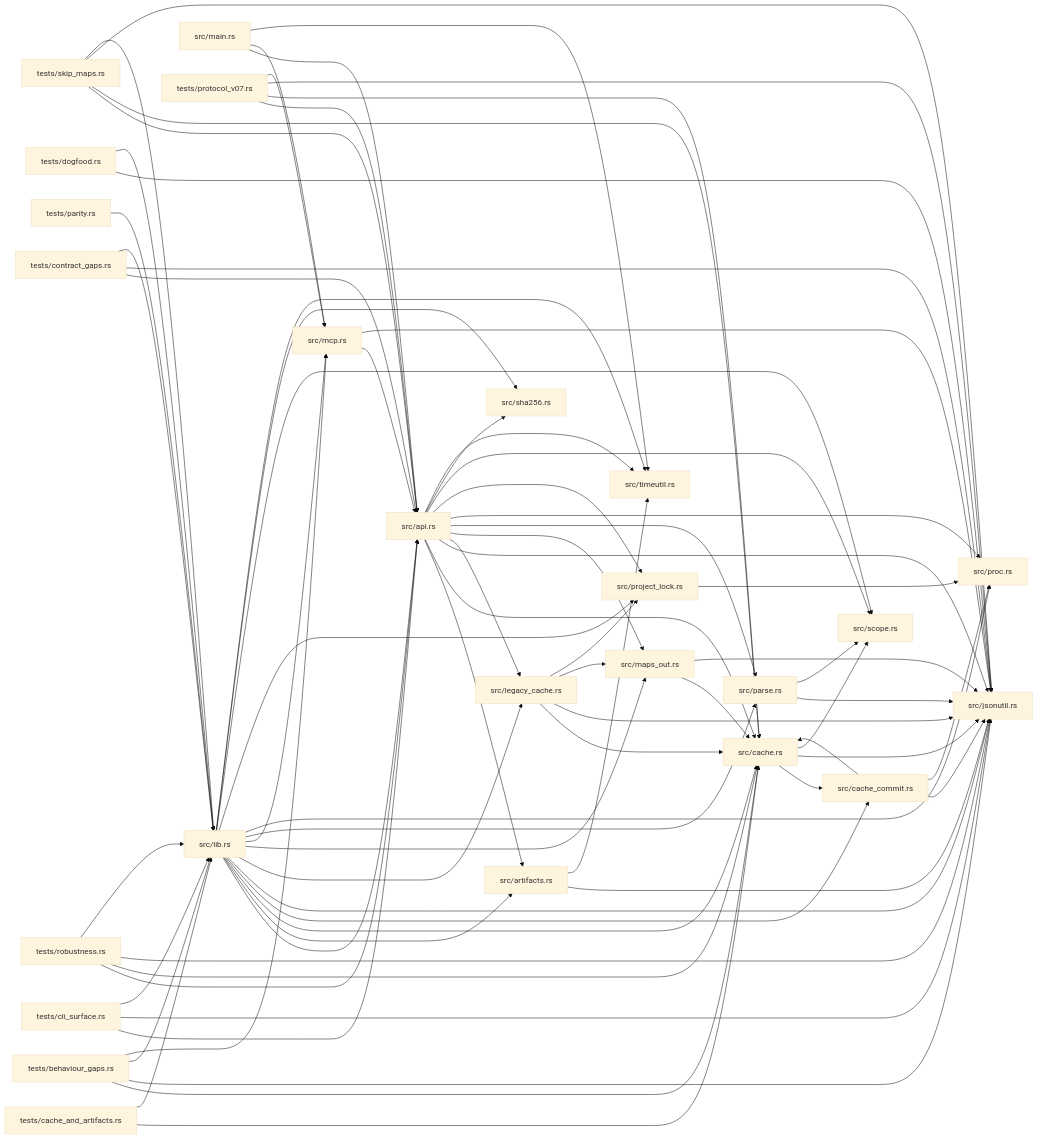
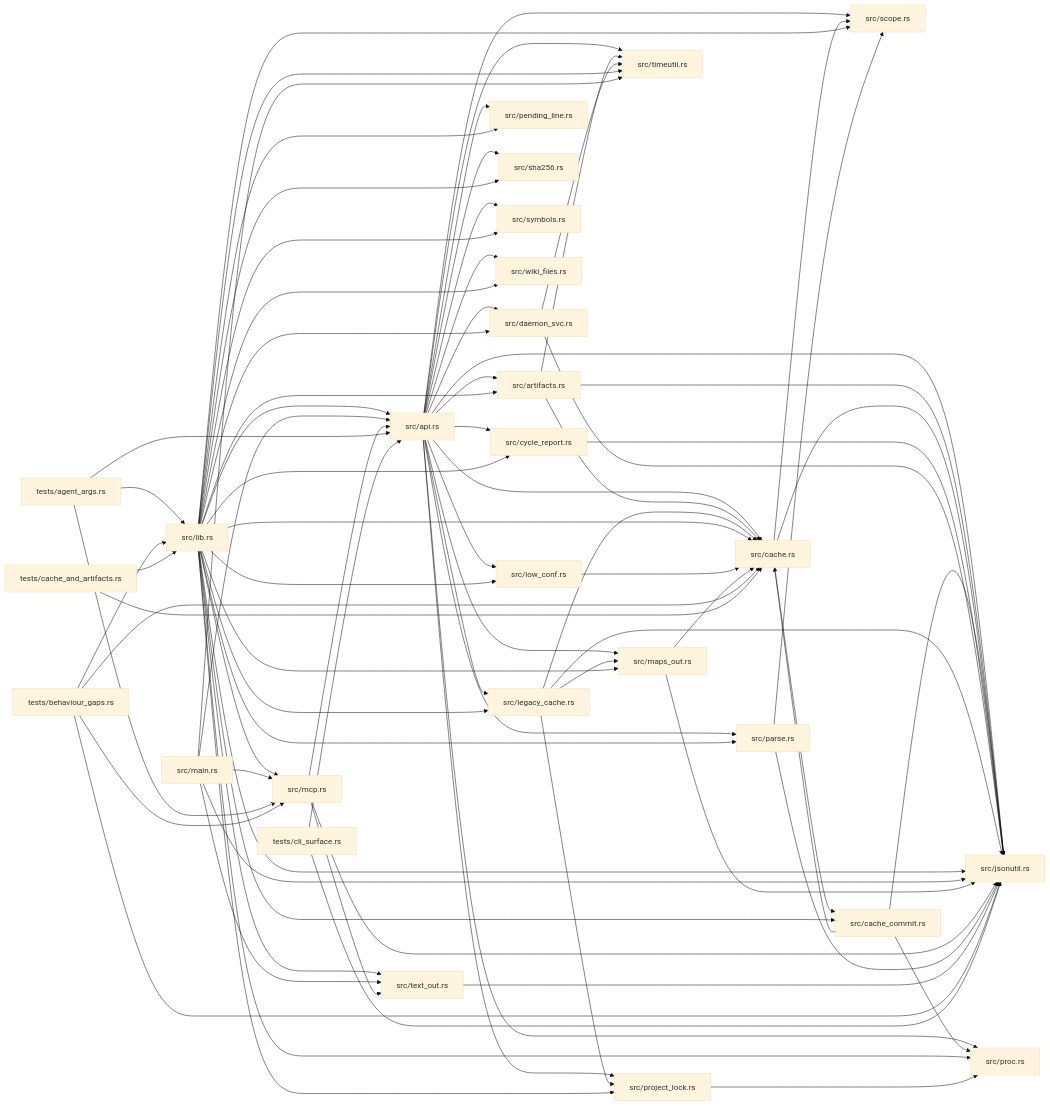
One commit to IronAdamant/wikifier changed the diagram in library.md. Above: the diagram before and after it, drawn with Mermaid (base theme). The commit also changed other lines of this file and 43 other files, not shown here.

First line of the commit message:
Windows fixes, agent-friendly MCP replies, simpler README (#9)

````diff
--- a/library.md
+++ b/library.md
@@ -40,76 +50,82 @@
 flowchart LR
   n0["src/api.rs"] --> n1["src/artifacts.rs"]
   n0["src/api.rs"] --> n2["src/cache.rs"]
-  n0["src/api.rs"] --> n3["src/jsonutil.rs"]
-  n0["src/api.rs"] --> n4["src/legacy_cache.rs"]
-  n0["src/api.rs"] --> n5["src/maps_out.rs"]
-  n0["src/api.rs"] --> n6["src/parse.rs"]
-  n0["src/api.rs"] --> n7["src/proc.rs"]
-  n0["src/api.rs"] --> n8["src/project_lock.rs"]
-  n0["src/api.rs"] --> n9["src/scope.rs"]
-  n0["src/api.rs"] --> n10["src/sha256.rs"]
-  n0["src/api.rs"] --> n11["src/timeutil.rs"]
-  n1["src/artifacts.rs"] --> n3["src/jsonutil.rs"]
-  n1["src/artifacts.rs"] --> n11["src/timeutil.rs"]
-  n2["src/cache.rs"] --> n12["src/cache_commit.rs"]
-  n2["src/cache.rs"] --> n3["src/jsonutil.rs"]
-  n2["src/cache.rs"] --> n9["src/scope.rs"]
-  n12["src/cache_commit.rs"] --> n2["src/cache.rs"]
-  n12["src/cache_commit.rs"] --> n3["src/jsonutil.rs"]
-  n12["src/cache_commit.rs"] --> n7["src/proc.rs"]
-  n4["src/legacy_cache.rs"] --> n2["src/cache.rs"]
-  n4["src/legacy_cache.rs"] --> n3["src/jsonutil.rs"]
-  n4["src/legacy_cache.rs"] --> n5["src/maps_out.rs"]
-  n4["src/legacy_cache.rs"] --> n8["src/project_lock.rs"]
-  n13["src/lib.rs"] --> n0["src/api.rs"]
-  n13["src/lib.rs"] --> n1["src/artifacts.rs"]
-  n13["src/lib.rs"] --> n2["src/cache.rs"]
-  n13["src/lib.rs"] --> n12["src/cache_commit.rs"]
-  n13["src/lib.rs"] --> n3["src/jsonutil.rs"]
-  n13["src/lib.rs"] --> n4["src/legacy_cache.rs"]
-  n13["src/lib.rs"] --> n5["src/maps_out.rs"]
-  n13["src/lib.rs"] --> n14["src/mcp.rs"]
-  n13["src/lib.rs"] --> n6["src/parse.rs"]
-  n13["src/lib.rs"] --> n7["src/proc.rs"]
-  n13["src/lib.rs"] --> n8["src/project_lock.rs"]
-  n13["src/lib.rs"] --> n9["src/scope.rs"]
-  n13["src/lib.rs"] --> n10["src/sha256.rs"]
-  n13["src/lib.rs"] --> n11["src/timeutil.rs"]
-  n15["src/main.rs"] --> n0["src/api.rs"]
-  n15["src/main.rs"] --> n14["src/mcp.rs"]
-  n15["src/main.rs"] --> n11["src/timeutil.rs"]
-  n5["src/maps_out.rs"] --> n2["src/cache.rs"]
-  n5["src/maps_out.rs"] --> n3["src/jsonutil.rs"]
-  n14["src/mcp.rs"] --> n0["src/api.rs"]
-  n14["src/mcp.rs"] --> n3["src/jsonutil.rs"]
-  n6["src/parse.rs"] --> n3["src/jsonutil.rs"]
-  n6["src/parse.rs"] --> n9["src/scope.rs"]
-  n8["src/project_lock.rs"] --> n7["src/proc.rs"]
-  n16["tests/behaviour_gaps.rs"] --> n2["src/cache.rs"]
-  n16["tests/behaviour_gaps.rs"] --> n3["src/jsonutil.rs"]
-  n16["tests/behaviour_gaps.rs"] --> n13["src/lib.rs"]
-  n16["tests/behaviour_gaps.rs"] --> n14["src/mcp.rs"]
-  n17["tests/cache_and_artifacts.rs"] --> n2["src/cache.rs"]
-  n17["tests/cache_and_artifacts.rs"] --> n13["src/lib.rs"]
-  n18["tests/cli_surface.rs"] --> n0["src/api.rs"]
-  n18["tests/cli_surface.rs"] --> n3["src/jsonutil.rs"]
-  n18["tests/cli_surface.rs"] --> n13["src/lib.rs"]
-  n19["tests/contract_gaps.rs"] --> n0["src/api.rs"]
-  n19["tests/contract_gaps.rs"] --> n3["src/jsonutil.rs"]
-  n19["tests/contract_gaps.rs"] --> n13["src/lib.rs"]
-  n20["tests/dogfood.rs"] --> n3["src/jsonutil.rs"]
-  n20["tests/dogfood.rs"] --> n13["src/lib.rs"]
-  n21["tests/parity.rs"] --> n13["src/lib.rs"]
-  n22["tests/protocol_v07.rs"] --> n0["src/api.rs"]
-  n22["tests/protocol_v07.rs"] --> n2["src/cache.rs"]
-  n22["tests/protocol_v07.rs"] --> n3["src/jsonutil.rs"]
-  n22["tests/protocol_v07.rs"] --> n14["src/mcp.rs"]
-  n23["tests/robustness.rs"] --> n0["src/api.rs"]
-  n23["tests/robustness.rs"] --> n2["src/cache.rs"]
-  n23["tests/robustness.rs"] --> n3["src/jsonutil.rs"]
-  n23["tests/robustness.rs"] --> n13["src/lib.rs"]
-  n24["tests/skip_maps.rs"] --> n0["src/api.rs"]
-  n24["tests/skip_maps.rs"] --> n2["src/cache.rs"]
-  n24["tests/skip_maps.rs"] --> n3["src/jsonutil.rs"]
-  n24["tests/skip_maps.rs"] --> n13["src/lib.rs"]
+  n0["src/api.rs"] --> n3["src/cycle_report.rs"]
+  n0["src/api.rs"] --> n4["src/daemon_svc.rs"]
+  n0["src/api.rs"] --> n5["src/jsonutil.rs"]
+  n0["src/api.rs"] --> n6["src/legacy_cache.rs"]
+  n0["src/api.rs"] --> n7["src/low_conf.rs"]
+  n0["src/api.rs"] --> n8["src/maps_out.rs"]
+  n0["src/api.rs"] --> n9["src/parse.rs"]
+  n0["src/api.rs"] --> n10["src/pending_line.rs"]
+  n0["src/api.rs"] --> n11["src/proc.rs"]
+  n0["src/api.rs"] --> n12["src/project_lock.rs"]
+  n0["src/api.rs"] --> n13["src/scope.rs"]
+  n0["src/api.rs"] --> n14["src/sha256.rs"]
+  n0["src/api.rs"] --> n15["src/symbols.rs"]
+  n0["src/api.rs"] --> n16["src/timeutil.rs"]
+  n0["src/api.rs"] --> n17["src/wiki_files.rs"]
+  n1["src/artifacts.rs"] --> n2["src/cache.rs"]
+  n1["src/artifacts.rs"] --> n5["src/jsonutil.rs"]
+  n1["src/artifacts.rs"] --> n16["src/timeutil.rs"]
+  n2["src/cache.rs"] --> n18["src/cache_commit.rs"]
+  n2["src/cache.rs"] --> n5["src/jsonutil.rs"]
+  n2["src/cache.rs"] --> n13["src/scope.rs"]
+  n18["src/cache_commit.rs"] --> n2["src/cache.rs"]
+  n18["src/cache_commit.rs"] --> n5["src/jsonutil.rs"]
+  n18["src/cache_commit.rs"] --> n11["src/proc.rs"]
+  n3["src/cycle_report.rs"] --> n5["src/jsonutil.rs"]
+  n4["src/daemon_svc.rs"] --> n5["src/jsonutil.rs"]
+  n4["src/daemon_svc.rs"] --> n16["src/timeutil.rs"]
+  n6["src/legacy_cache.rs"] --> n2["src/cache.rs"]
+  n6["src/legacy_cache.rs"] --> n5["src/jsonutil.rs"]
+  n6["src/legacy_cache.rs"] --> n8["src/maps_out.rs"]
+  n6["src/legacy_cache.rs"] --> n12["src/project_lock.rs"]
+  n19["src/lib.rs"] --> n0["src/api.rs"]
+  n19["src/lib.rs"] --> n1["src/artifacts.rs"]
+  n19["src/lib.rs"] --> n2["src/cache.rs"]
+  n19["src/lib.rs"] --> n18["src/cache_commit.rs"]
+  n19["src/lib.rs"] --> n3["src/cycle_report.rs"]
+  n19["src/lib.rs"] --> n4["src/daemon_svc.rs"]
+  n19["src/lib.rs"] --> n5["src/jsonutil.rs"]
+  n19["src/lib.rs"] --> n6["src/legacy_cache.rs"]
+  n19["src/lib.rs"] --> n7["src/low_conf.rs"]
+  n19["src/lib.rs"] --> n8["src/maps_out.rs"]
+  n19["src/lib.rs"] --> n20["src/mcp.rs"]
+  n19["src/lib.rs"] --> n9["src/parse.rs"]
+  n19["src/lib.rs"] --> n10["src/pending_line.rs"]
+  n19["src/lib.rs"] --> n11["src/proc.rs"]
+  n19["src/lib.rs"] --> n12["src/project_lock.rs"]
+  n19["src/lib.rs"] --> n13["src/scope.rs"]
+  n19["src/lib.rs"] --> n14["src/sha256.rs"]
+  n19["src/lib.rs"] --> n15["src/symbols.rs"]
+  n19["src/lib.rs"] --> n21["src/text_out.rs"]
+  n19["src/lib.rs"] --> n16["src/timeutil.rs"]
+  n19["src/lib.rs"] --> n17["src/wiki_files.rs"]
+  n7["src/low_conf.rs"] --> n2["src/cache.rs"]
+  n22["src/main.rs"] --> n0["src/api.rs"]
+  n22["src/main.rs"] --> n5["src/jsonutil.rs"]
+  n22["src/main.rs"] --> n20["src/mcp.rs"]
+  n22["src/main.rs"] --> n21["src/text_out.rs"]
+  n22["src/main.rs"] --> n16["src/timeutil.rs"]
+  n8["src/maps_out.rs"] --> n2["src/cache.rs"]
+  n8["src/maps_out.rs"] --> n5["src/jsonutil.rs"]
+  n20["src/mcp.rs"] --> n0["src/api.rs"]
+  n20["src/mcp.rs"] --> n5["src/jsonutil.rs"]
+  n20["src/mcp.rs"] --> n21["src/text_out.rs"]
+  n9["src/parse.rs"] --> n5["src/jsonutil.rs"]
+  n9["src/parse.rs"] --> n13["src/scope.rs"]
+  n12["src/project_lock.rs"] --> n11["src/proc.rs"]
+  n21["src/text_out.rs"] --> n5["src/jsonutil.rs"]
+  n23["tests/agent_args.rs"] --> n0["src/api.rs"]
+  n23["tests/agent_args.rs"] --> n19["src/lib.rs"]
+  n23["tests/agent_args.rs"] --> n20["src/mcp.rs"]
+  n24["tests/behaviour_gaps.rs"] --> n2["src/cache.rs"]
+  n24["tests/behaviour_gaps.rs"] --> n5["src/jsonutil.rs"]
+  n24["tests/behaviour_gaps.rs"] --> n19["src/lib.rs"]
+  n24["tests/behaviour_gaps.rs"] --> n20["src/mcp.rs"]
+  n25["tests/cache_and_artifacts.rs"] --> n2["src/cache.rs"]
+  n25["tests/cache_and_artifacts.rs"] --> n19["src/lib.rs"]
+  n26["tests/cli_surface.rs"] --> n0["src/api.rs"]
+  n26["tests/cli_surface.rs"] --> n5["src/jsonutil.rs"]
 ```
````
